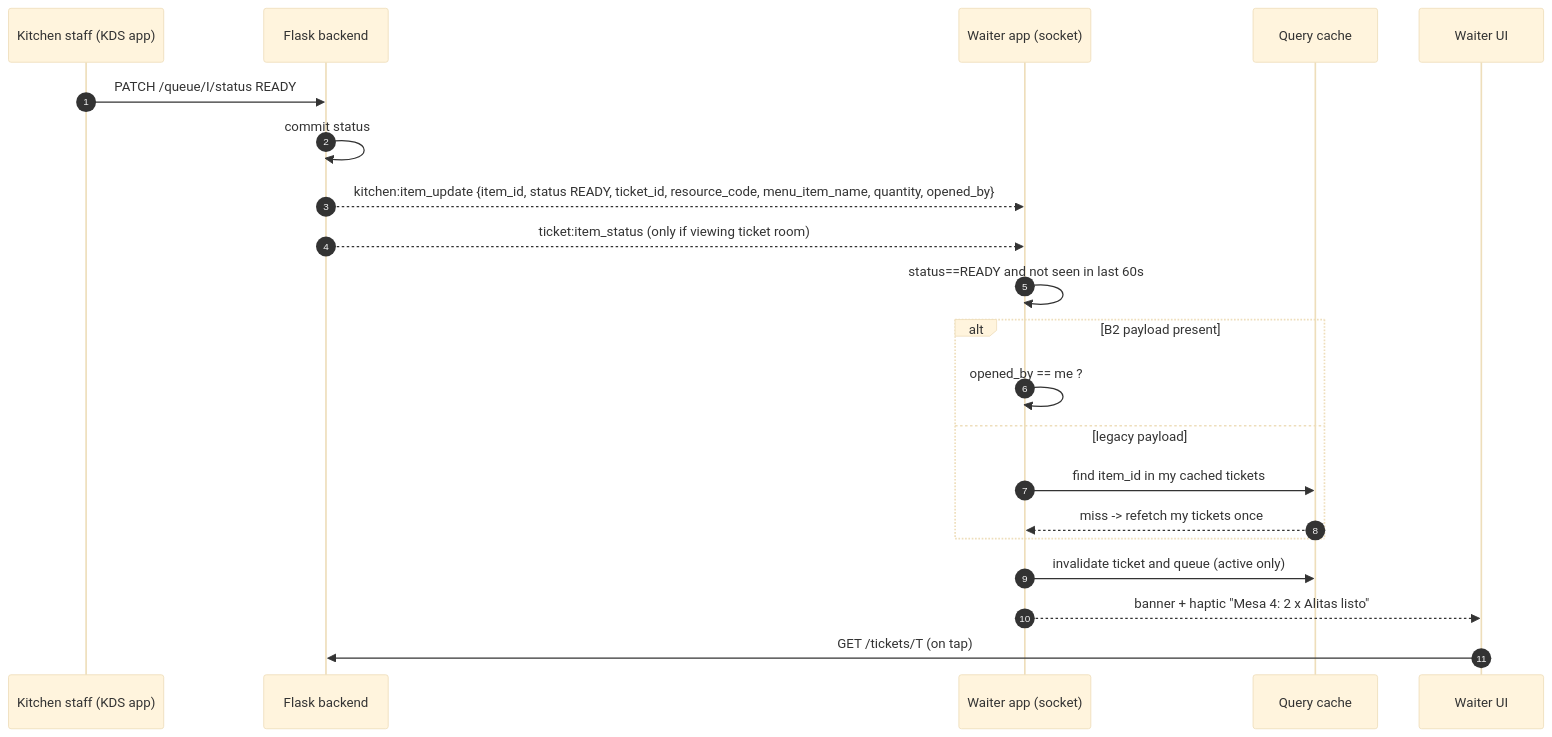
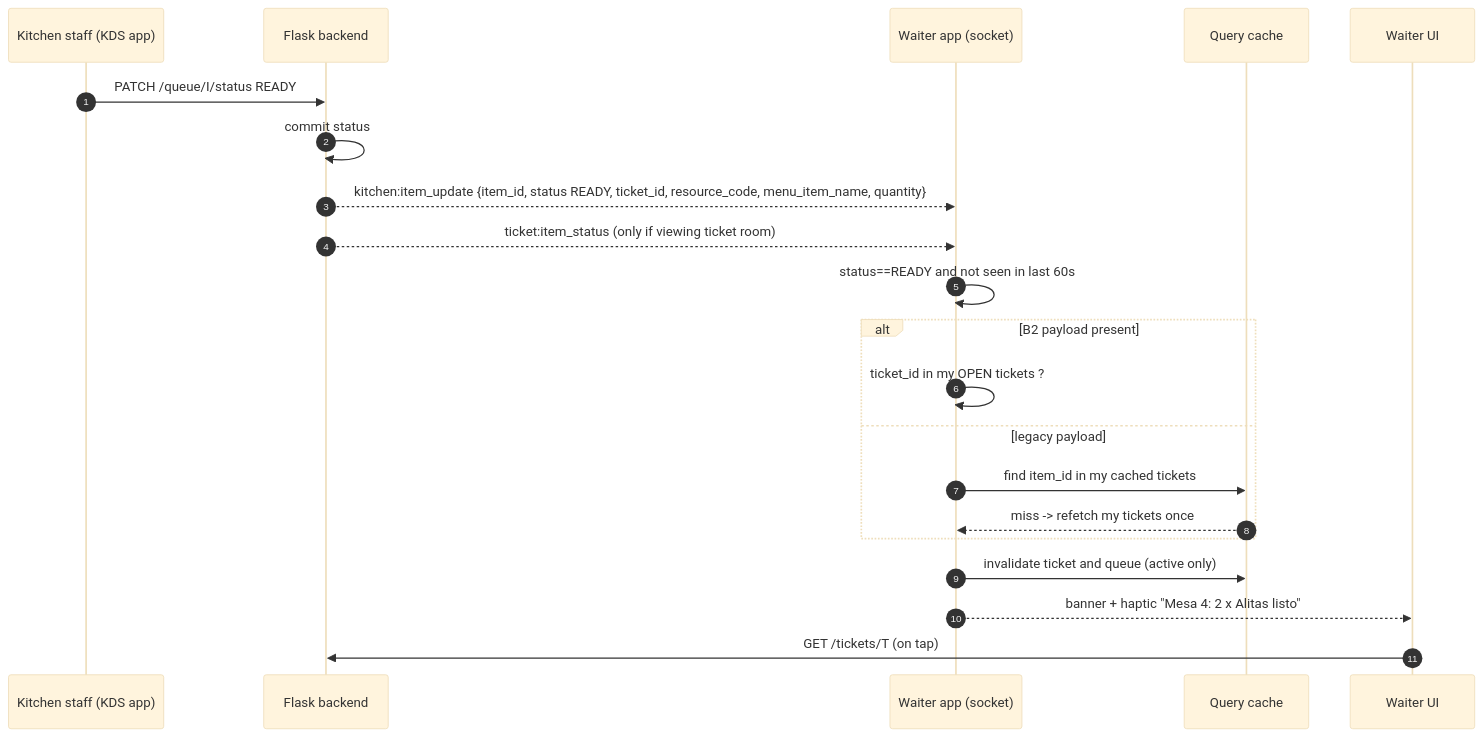
The second of 3 diagrams in docs/mobile/architecture/NETWORKING_AND_SYNC.md (cj-castro/billar-pos), drawn with Mermaid (base theme) before and after one commit. The commit also changed other lines of this file and 56 other files, not shown here.

````diff
--- a/docs/mobile/architecture/NETWORKING_AND_SYNC.md
+++ b/docs/mobile/architecture/NETWORKING_AND_SYNC.md
@@ -214,23 +216,23 @@
 ```mermaid
 sequenceDiagram
     autonumber
     participant KS as Kitchen staff (KDS app)
     participant B as Flask backend
     participant WS as Waiter app (socket)
     participant Q as Query cache
     participant U as Waiter UI
     KS->>B: PATCH /queue/I/status READY
     B->>B: commit status
-    B-->>WS: kitchen:item_update {item_id, status READY, ticket_id, resource_code, menu_item_name, quantity, opened_by}
+    B-->>WS: kitchen:item_update {item_id, status READY, ticket_id, resource_code, menu_item_name, quantity}
     B-->>WS: ticket:item_status (only if viewing ticket room)
     WS->>WS: status==READY and not seen in last 60s
     alt B2 payload present
-        WS->>WS: opened_by == me ?
+        WS->>WS: ticket_id in my OPEN tickets ?
     else legacy payload
         WS->>Q: find item_id in my cached tickets
         Q-->>WS: miss -> refetch my tickets once
     end
     WS->>Q: invalidate ticket and queue (active only)
     WS-->>U: banner + haptic "Mesa 4: 2 x Alitas listo"
     U->>B: GET /tickets/T (on tap)
 ```
````
